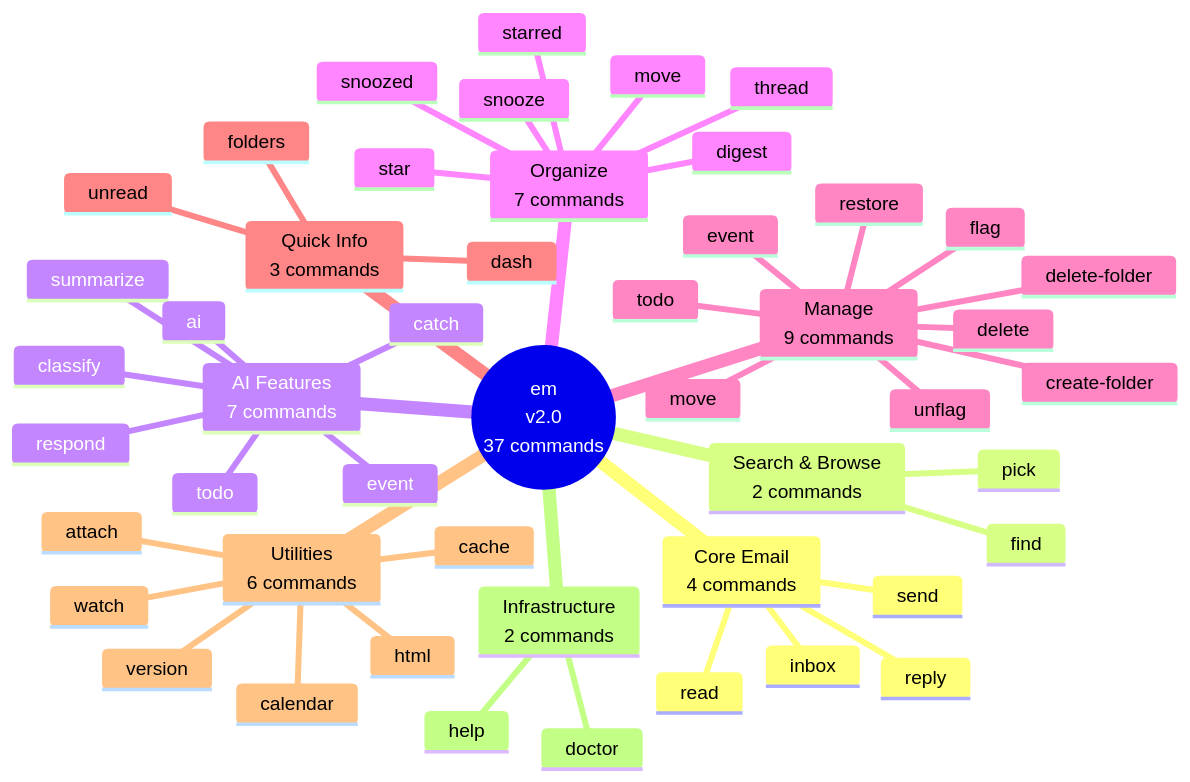
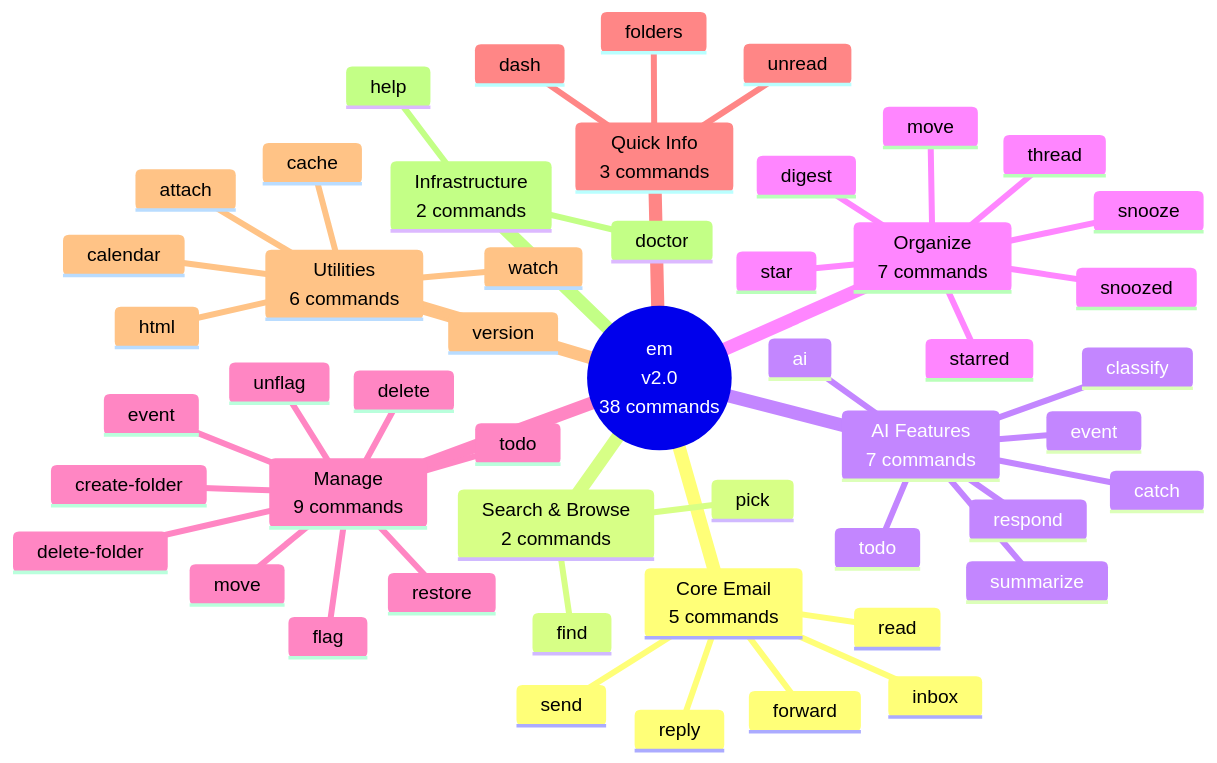
The first of 2 diagrams in docs/reference/REFCARD-EMAIL-DISPATCHER.md (Data-Wise/flow-cli), drawn with Mermaid before and after one commit. The commit also changed other lines of this file and 15 other files, not shown here.

````diff
--- a/docs/reference/REFCARD-EMAIL-DISPATCHER.md
+++ b/docs/reference/REFCARD-EMAIL-DISPATCHER.md
@@ -16,52 +16,53 @@
 ```mermaid
 mindmap
-  root((em<br/>v2.0<br/>37 commands))
-    Core Email<br/>4 commands
+  root((em<br/>v2.0<br/>38 commands))
+    Core Email<br/>5 commands
       inbox
       read
       send
       reply
+      forward
     Search & Browse<br/>2 commands
       find
       pick
     AI Features<br/>7 commands
       respond
       classify
       summarize
       ai
       catch
       todo
       event
     Organize<br/>7 commands
       star
       starred
       move
       thread
       snooze
       snoozed
       digest
     Manage<br/>9 commands
       delete
       move
       restore
       flag
       unflag
       todo
       event
       create-folder
       delete-folder
     Quick Info<br/>3 commands
       unread
       dash
       folders
     Utilities<br/>6 commands
       attach
       html
       cache
       calendar
       watch
       version
     Infrastructure<br/>2 commands
       doctor
       help
 ```
````
